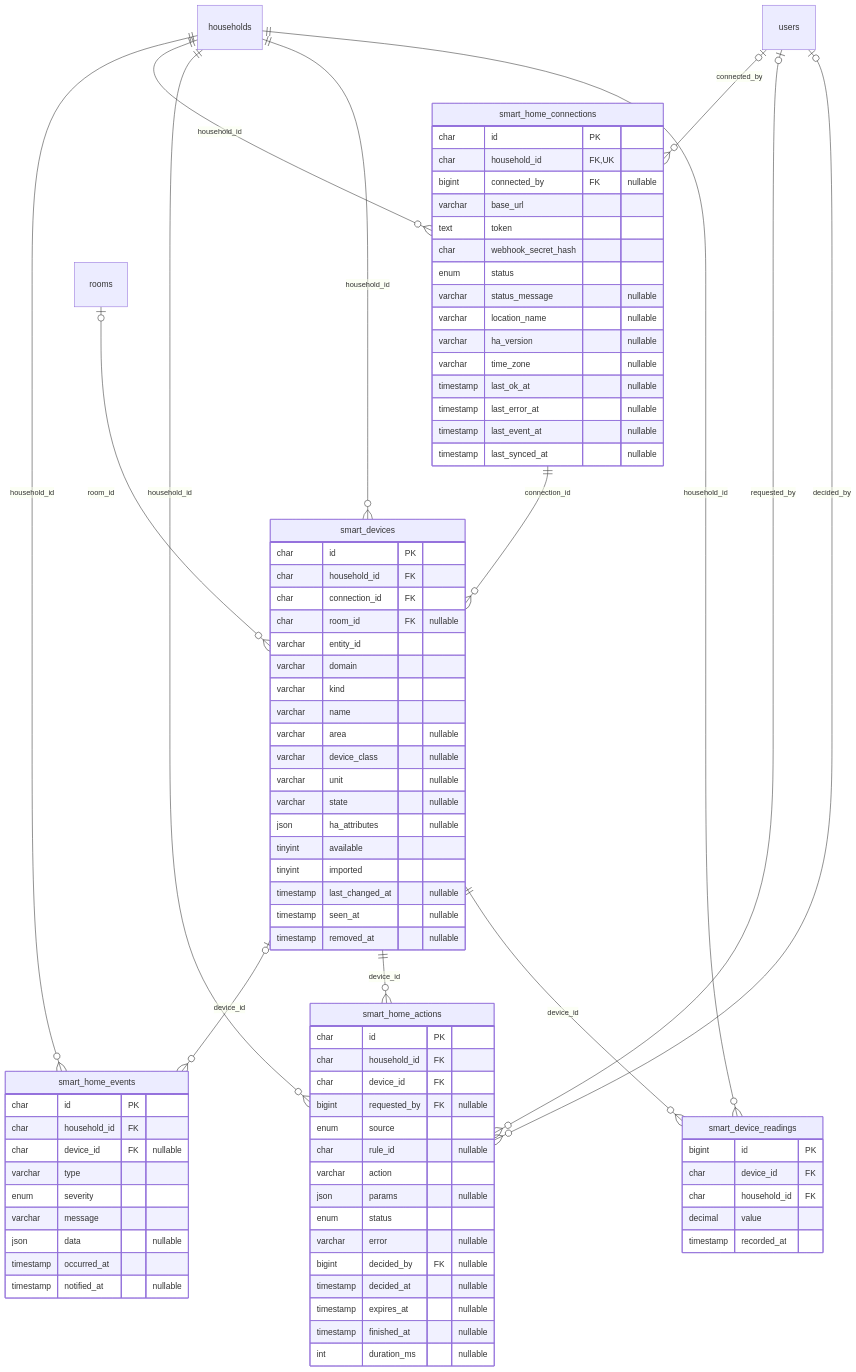
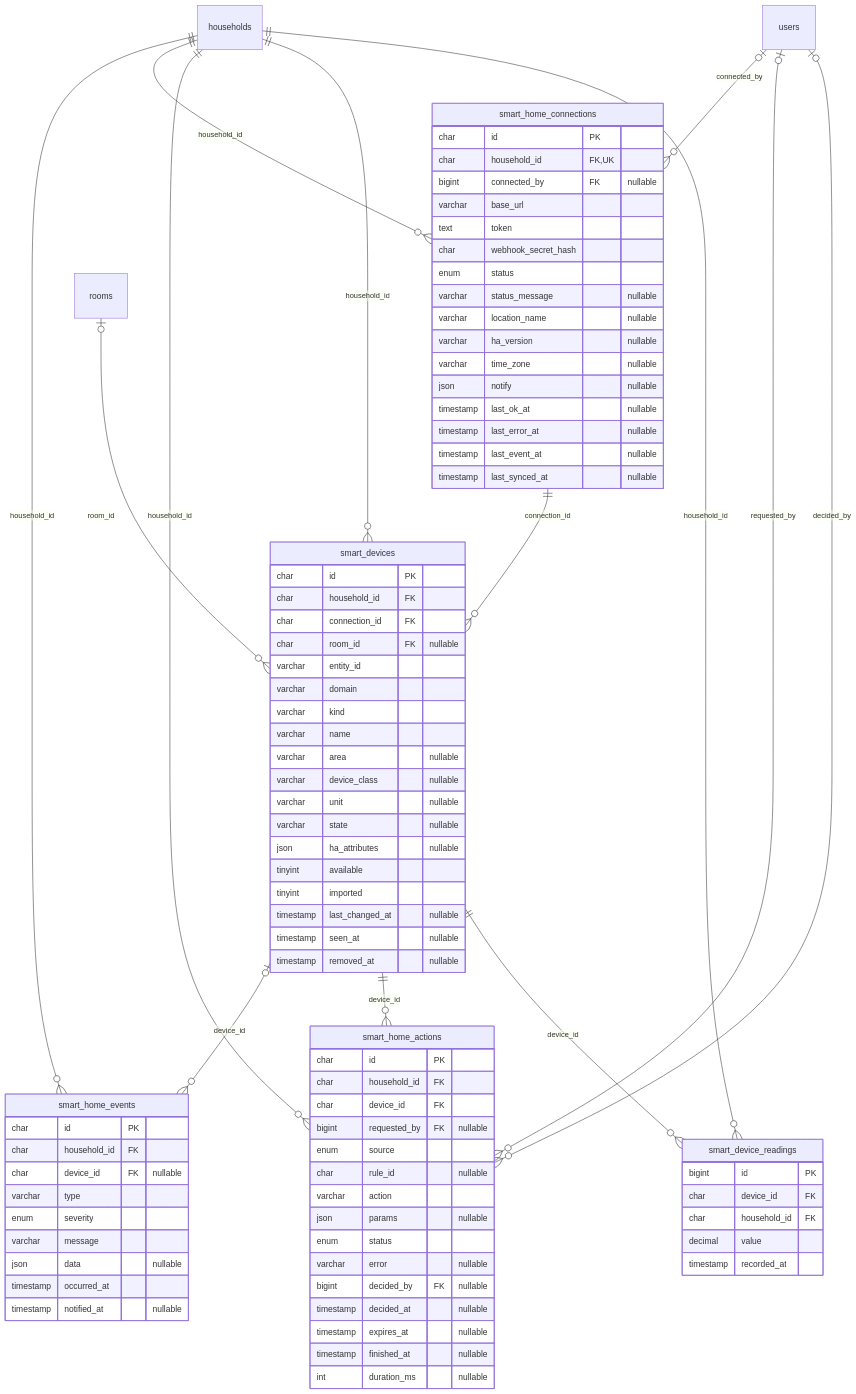
Diagram 13 of 13 in docs/database.md (kgiannopoulou/home-helper-api), drawn with Mermaid before and after one commit. The commit also changed 16 other files, not shown here.

```diff
--- a/docs/database.md
+++ b/docs/database.md
@@ -771,6 +771,7 @@
         varchar location_name "nullable"
         varchar ha_version "nullable"
         varchar time_zone "nullable"
+        json notify "nullable"
         timestamp last_ok_at "nullable"
         timestamp last_error_at "nullable"
         timestamp last_event_at "nullable"
```
